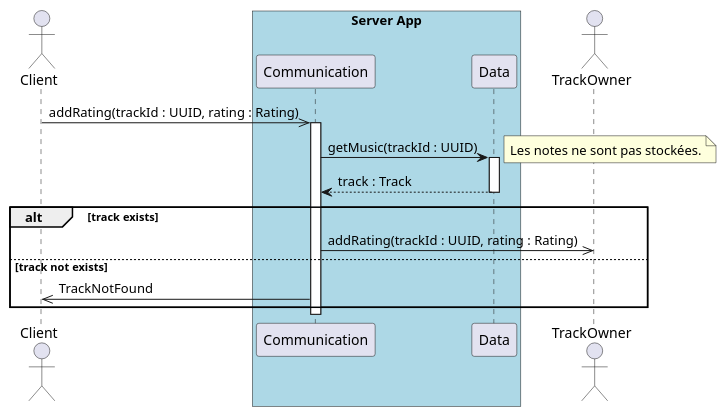
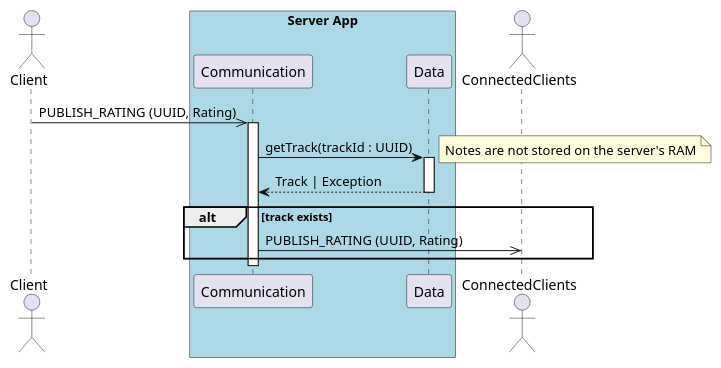
Before and after one commit to UTCAI12/Diagrams: the diagram in sequence/4.1_add_rating_server.puml, drawn with PlantUML. The commit also changed 12 other files, not shown here.

```diff
--- a/sequence/4.1_add_rating_server.puml
+++ b/sequence/4.1_add_rating_server.puml
@@ -1,28 +1,26 @@
-@startuml 4.1 User add a rating to a music (server)
+@startuml 4.1 User add a rating to a music (server side)
 
 actor Client as client
 
 box "Server App" #LightBlue
     participant Communication as com
     participant Data as data
 end box
 
-actor TrackOwner as owner
+actor ConnectedClients as owner
 
-client ->> com : addRating(trackId : UUID, rating : Rating)
+client ->> com : PUBLISH_RATING (UUID, Rating)
 
 activate com
 
-com -> data++ : getMusic(trackId : UUID)
-note right : Les notes ne sont pas stockées.
-return track : Track
+com -> data++ : getTrack(trackId : UUID)
+note right : Notes are not stored on the server's RAM 
+return Track | Exception
 
 alt track exists
-    com ->> owner : addRating(trackId : UUID, rating : Rating)
-else track not exists
-    com ->> client : TrackNotFound
+    com ->> owner : PUBLISH_RATING (UUID, Rating)
 end
 
 deactivate com
 
 @enduml
```
